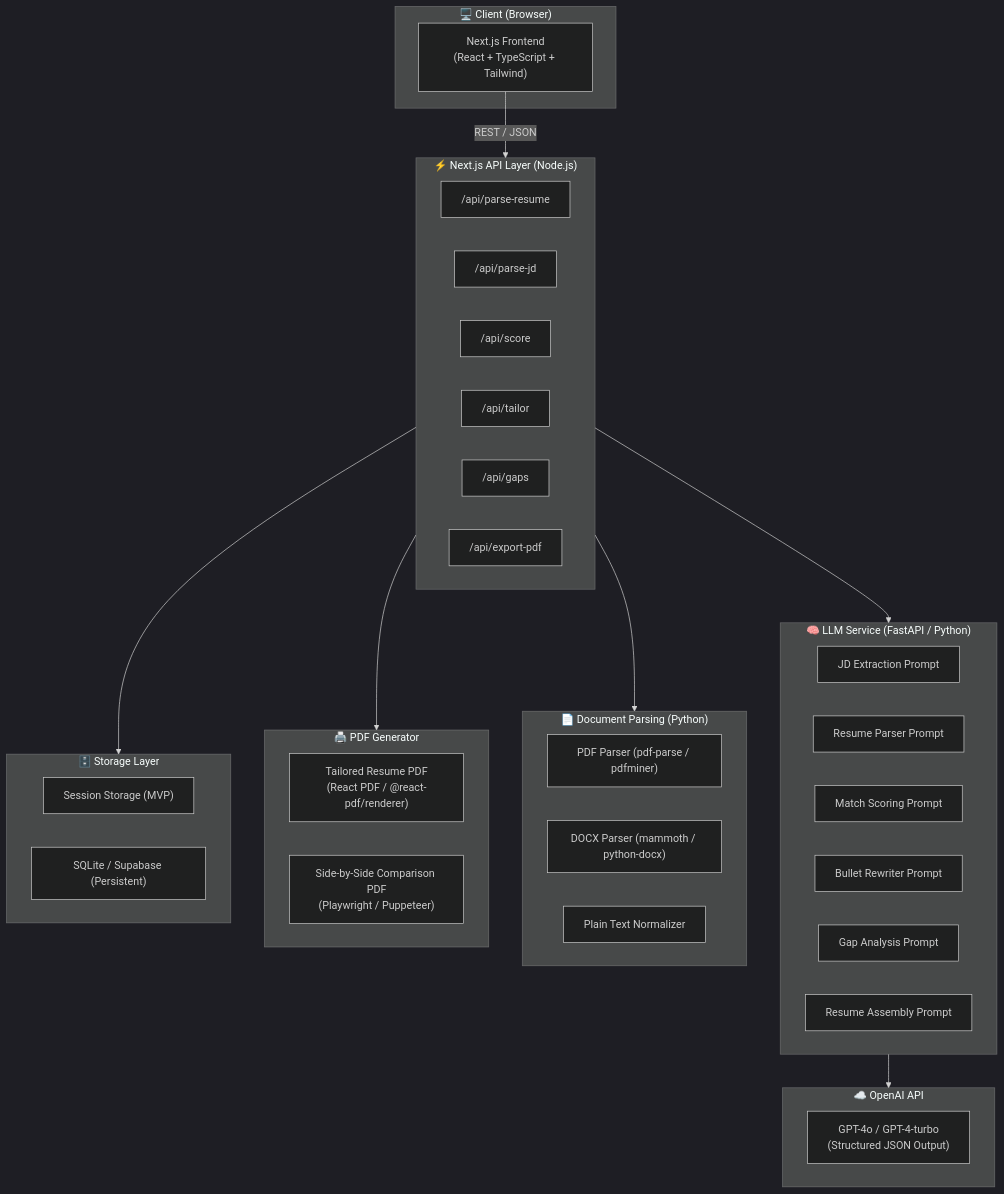
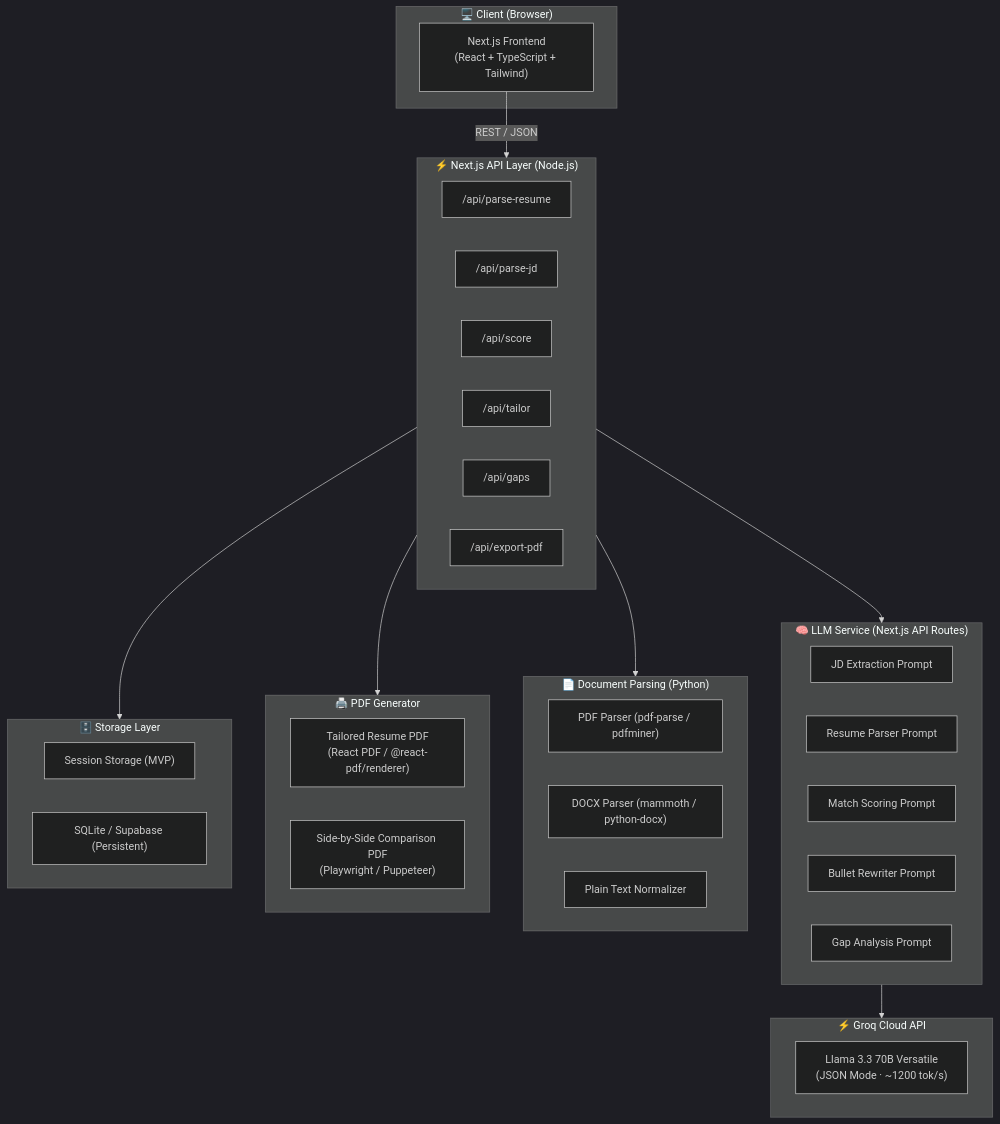
One commit to harshyadav-ml/resume-shapeshifter changed the first of 4 diagrams in docs/architecture.md. Above: the diagram before and after it, drawn with Mermaid (dark theme). The commit also changed other lines of this file and 47 other files, not shown here.

Commit message:
feat: complete Phase 1 & 2 - Groq LLM pipeline integration with Qwen model

````diff
--- a/docs/architecture.md
+++ b/docs/architecture.md
@@ -50,51 +50,50 @@
 ```mermaid
 graph TB
     subgraph Client["🖥️ Client (Browser)"]
         UI["Next.js Frontend\n(React + TypeScript + Tailwind)"]
     end
 
     subgraph NextAPI["⚡ Next.js API Layer (Node.js)"]
         R1["/api/parse-resume"]
         R2["/api/parse-jd"]
         R3["/api/score"]
         R4["/api/tailor"]
         R5["/api/gaps"]
         R6["/api/export-pdf"]
     end
 
-    subgraph LLMService["🧠 LLM Service (FastAPI / Python)"]
+    subgraph LLMService["🧠 LLM Service (Next.js API Routes)"]
         P1["JD Extraction Prompt"]
         P2["Resume Parser Prompt"]
         P3["Match Scoring Prompt"]
         P4["Bullet Rewriter Prompt"]
         P5["Gap Analysis Prompt"]
-        P6["Resume Assembly Prompt"]
     end
 
     subgraph DocParsing["📄 Document Parsing (Python)"]
         DP1["PDF Parser (pdf-parse / pdfminer)"]
         DP2["DOCX Parser (mammoth / python-docx)"]
         DP3["Plain Text Normalizer"]
     end
 
     subgraph PDFGen["🖨️ PDF Generator"]
         PG1["Tailored Resume PDF\n(React PDF / @react-pdf/renderer)"]
         PG2["Side-by-Side Comparison PDF\n(Playwright / Puppeteer)"]
     end
 
     subgraph Storage["🗄️ Storage Layer"]
         S1["Session Storage (MVP)"]
         S2["SQLite / Supabase (Persistent)"]
     end
 
-    subgraph OpenAI["☁️ OpenAI API"]
-        OA["GPT-4o / GPT-4-turbo\n(Structured JSON Output)"]
+    subgraph GroqCloud["⚡ Groq Cloud API"]
+        GC["Llama 3.3 70B Versatile\n(JSON Mode · ~1200 tok/s)"]
     end
 
     UI -->|"REST / JSON"| NextAPI
     NextAPI --> LLMService
     NextAPI --> DocParsing
     NextAPI --> PDFGen
     NextAPI --> Storage
-    LLMService --> OpenAI
+    LLMService --> GroqCloud
 ```
````
